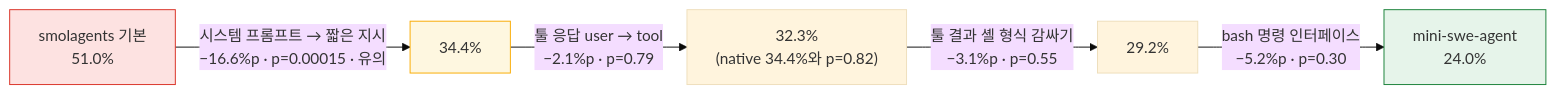
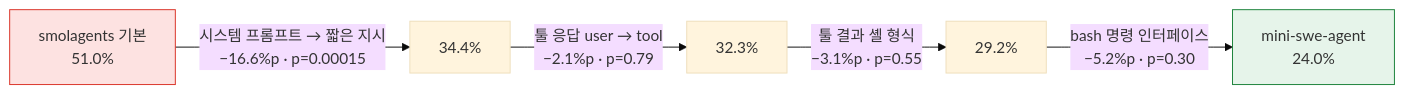
The second of 3 diagrams in results/RESULTS.md (NiceGuy1313/agentgate-policy-poc), drawn with Mermaid (base theme) before and after one commit. The commit also changed other lines of this file and 9 other files, not shown here.

````diff
--- a/results/RESULTS.md
+++ b/results/RESULTS.md
@@ -137,10 +122,9 @@
 ```mermaid
 flowchart LR
-  A["smolagents 기본<br/>51.0%"] -->|"시스템 프롬프트 → 짧은 지시<br/>−16.6%p · p=0.00015 · 유의"| B["34.4%"]
-  B -->|"툴 응답 user → tool<br/>−2.1%p · p=0.79"| C["32.3%<br/>(native 34.4%와 p=0.82)"]
-  C -->|"툴 결과 셸 형식 감싸기<br/>−3.1%p · p=0.55"| D["29.2%"]
+  A["smolagents 기본<br/>51.0%"] -->|"시스템 프롬프트 → 짧은 지시<br/>−16.6%p · p=0.00015"| B["34.4%"]
+  B -->|"툴 응답 user → tool<br/>−2.1%p · p=0.79"| C["32.3%"]
+  C -->|"툴 결과 셸 형식<br/>−3.1%p · p=0.55"| D["29.2%"]
   D -->|"bash 명령 인터페이스<br/>−5.2%p · p=0.30"| E["mini-swe-agent<br/>24.0%"]
   style A fill:#fde2e1,stroke:#d93025
-  style B fill:#fef7e0,stroke:#f9ab00
   style E fill:#e6f4ea,stroke:#188038
 ```
````
